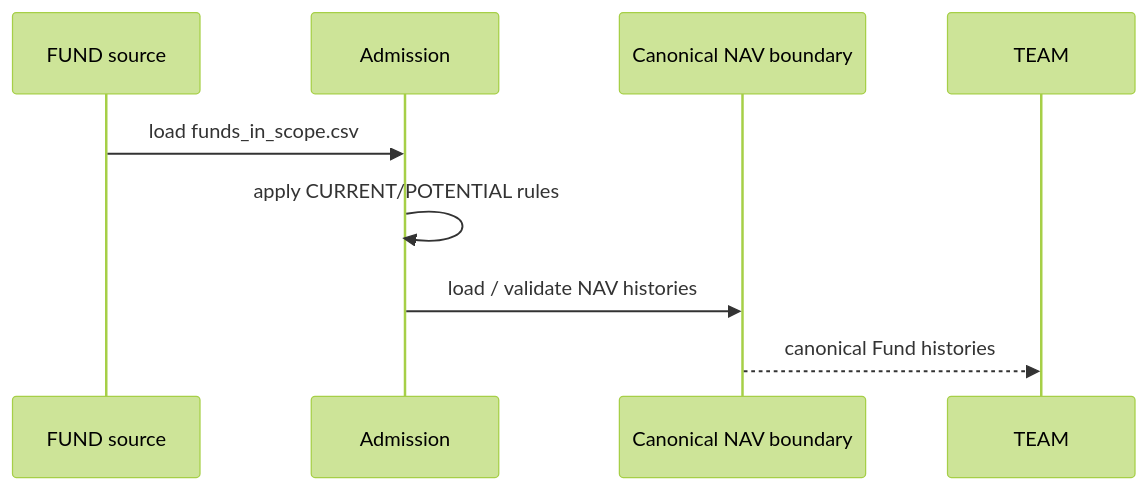
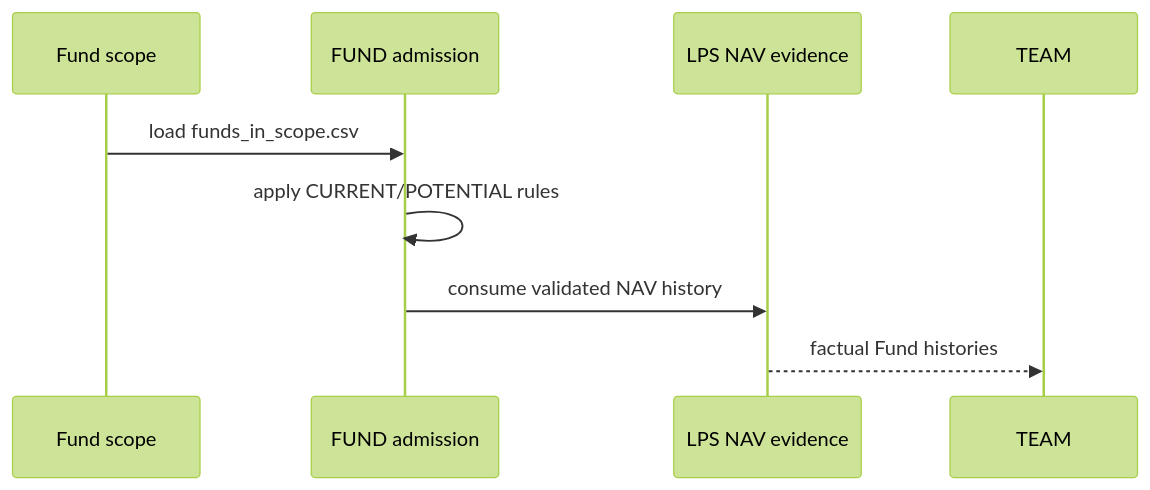
The fourth of 13 diagrams in docs/Lakshya_Pipeline_Sequence.md (rrajeshkannan/lakshya), drawn with Mermaid (forest theme) before and after one commit. The commit also changed other lines of this file, not shown here.

Commit message:
Align pipeline sequence with LPS LFS LTS

````diff
--- a/docs/Lakshya_Pipeline_Sequence.md
+++ b/docs/Lakshya_Pipeline_Sequence.md
@@ -172,12 +254,12 @@
 ```mermaid
 sequenceDiagram
-    participant Source as FUND source
-    participant Admission as Admission
-    participant NAV as Canonical NAV boundary
+    participant Source as Fund scope
+    participant Admission as FUND admission
+    participant NAV as LPS NAV evidence
     participant TEAM as TEAM
 
     Source->>Admission: load funds_in_scope.csv
     Admission->>Admission: apply CURRENT/POTENTIAL rules
-    Admission->>NAV: load / validate NAV histories
-    NAV-->>TEAM: canonical Fund histories
+    Admission->>NAV: consume validated NAV history
+    NAV-->>TEAM: factual Fund histories
 ```
````
